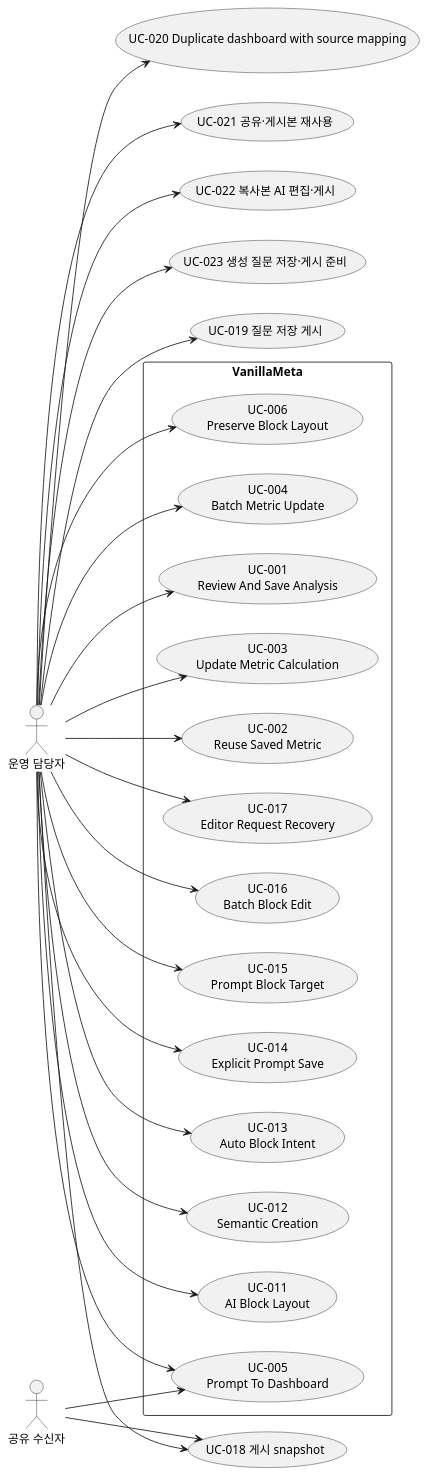
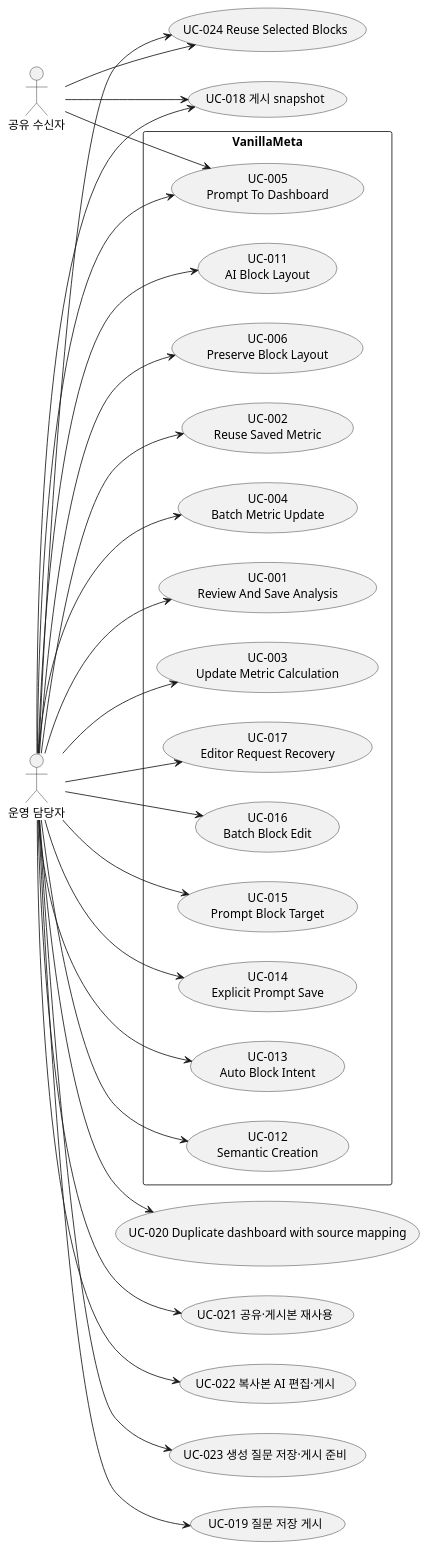
Before and after one commit to vanillabrain/vanillameta: the diagram in docs/use_cases.puml, drawn with PlantUML. The commit also changed 13 other files, not shown here.

Commit message:
feat: reuse selected blocks when source columns are missing

```diff
--- a/docs/use_cases.puml
+++ b/docs/use_cases.puml
@@ -1,47 +1,50 @@
 @startuml
 left to right direction
 actor "운영 담당자" as operator
 rectangle "VanillaMeta" {
  usecase "UC-017\nEditor Request Recovery" as UC017
  usecase "UC-016\nBatch Block Edit" as UC016
  usecase "UC-015\nPrompt Block Target" as UC015
  usecase "UC-014\nExplicit Prompt Save" as UC014
  usecase "UC-013\nAuto Block Intent" as UC013
  usecase "UC-012\nSemantic Creation" as UC012
  usecase "UC-011\nAI Block Layout" as UC011
  usecase "UC-006\nPreserve Block Layout" as UC006
  usecase "UC-005\nPrompt To Dashboard" as UC005
  usecase "UC-004\nBatch Metric Update" as UC004
  usecase "UC-001\nReview And Save Analysis" as UC001
  usecase "UC-003\nUpdate Metric Calculation" as UC003
  usecase "UC-002\nReuse Saved Metric" as UC002
 }
 operator --> UC015
 operator --> UC014
 operator --> UC013
 operator --> UC012
 operator --> UC011
 operator --> UC006
 operator --> UC005
 actor "공유 수신자" as recipient
 recipient --> UC005
 operator --> UC004
 operator --> UC003
 operator --> UC002
 operator --> UC001
 operator --> UC016
 operator --> UC017
 usecase "UC-018 게시 snapshot" as UC018
 operator --> UC018
 recipient --> UC018
 usecase "UC-019 질문 저장 게시" as UC019
 operator --> UC019
 usecase "UC-020 Duplicate dashboard with source mapping" as UC020
 operator --> UC020
 usecase "UC-021 공유·게시본 재사용" as UC021
 operator --> UC021
 usecase "UC-022 복사본 AI 편집·게시" as UC022
 operator --> UC022
 usecase "UC-023 생성 질문 저장·게시 준비" as UC023
 operator --> UC023
+usecase "UC-024 Reuse Selected Blocks" as UC024
+operator --> UC024
+recipient --> UC024
 @enduml
```
